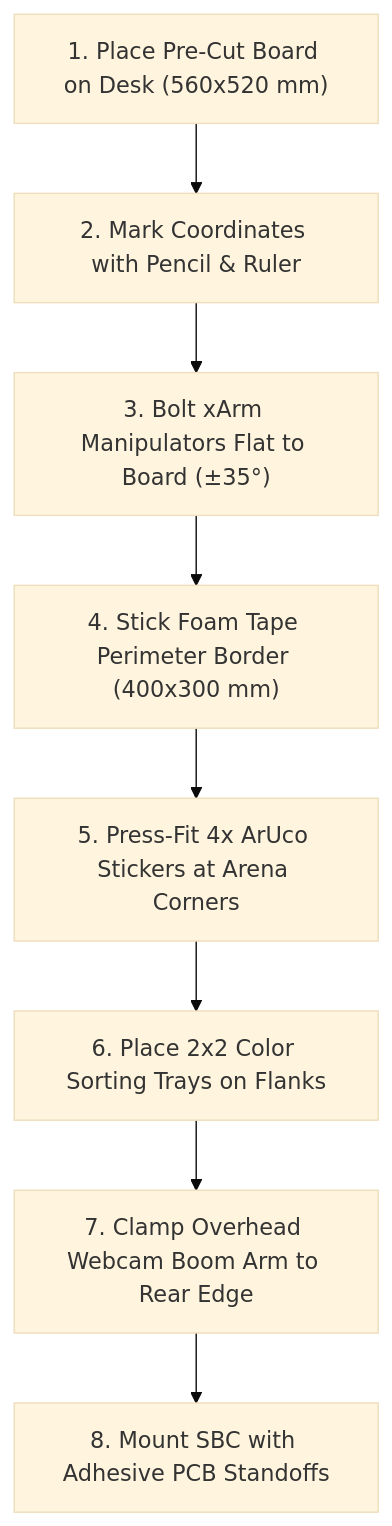
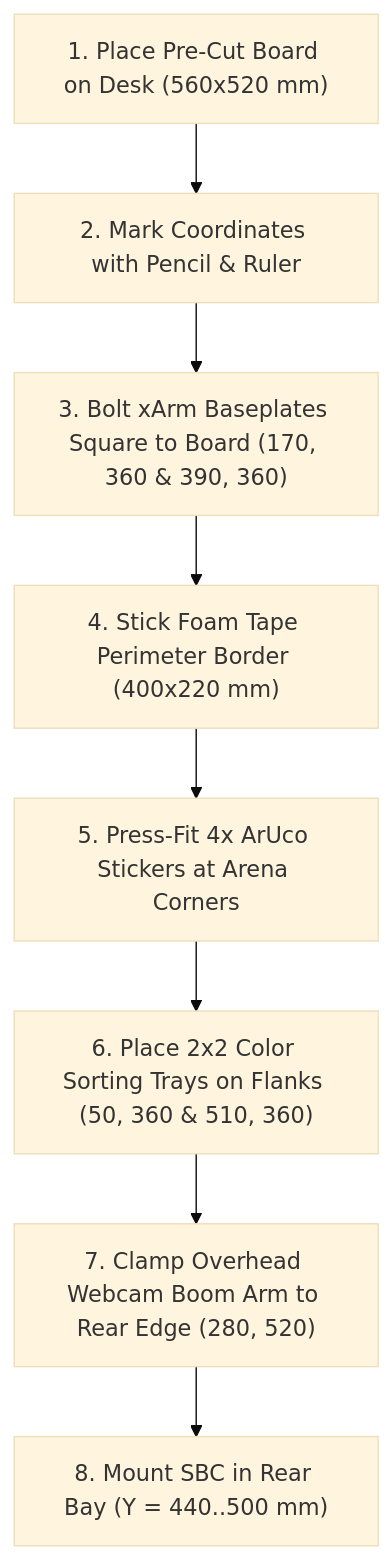
Before and after one commit to ShubhamJain17r/Sem-5-mini-project: the diagram in docs/07_fusion360_cad_modeling_guide.md, drawn with Mermaid (base theme). The commit also changed other lines of this file and 9 other files, not shown here.

````diff
--- a/docs/07_fusion360_cad_modeling_guide.md
+++ b/docs/07_fusion360_cad_modeling_guide.md
@@ -136,10 +136,10 @@
 ```mermaid
 graph TD
     A["1. Place Pre-Cut Board on Desk (560x520 mm)"] --> B["2. Mark Coordinates with Pencil & Ruler"]
-    B --> C["3. Bolt xArm Manipulators Flat to Board (±35°)"]
-    C --> D["4. Stick Foam Tape Perimeter Border (400x300 mm)"]
+    B --> C["3. Bolt xArm Baseplates Square to Board (170, 360 & 390, 360)"]
+    C --> D["4. Stick Foam Tape Perimeter Border (400x220 mm)"]
     D --> E["5. Press-Fit 4x ArUco Stickers at Arena Corners"]
-    E --> F["6. Place 2x2 Color Sorting Trays on Flanks"]
-    F --> G["7. Clamp Overhead Webcam Boom Arm to Rear Edge"]
-    G --> H["8. Mount SBC with Adhesive PCB Standoffs"]
+    E --> F["6. Place 2x2 Color Sorting Trays on Flanks (50, 360 & 510, 360)"]
+    F --> G["7. Clamp Overhead Webcam Boom Arm to Rear Edge (280, 520)"]
+    G --> H["8. Mount SBC in Rear Bay (Y = 440..500 mm)"]
 ```
````
